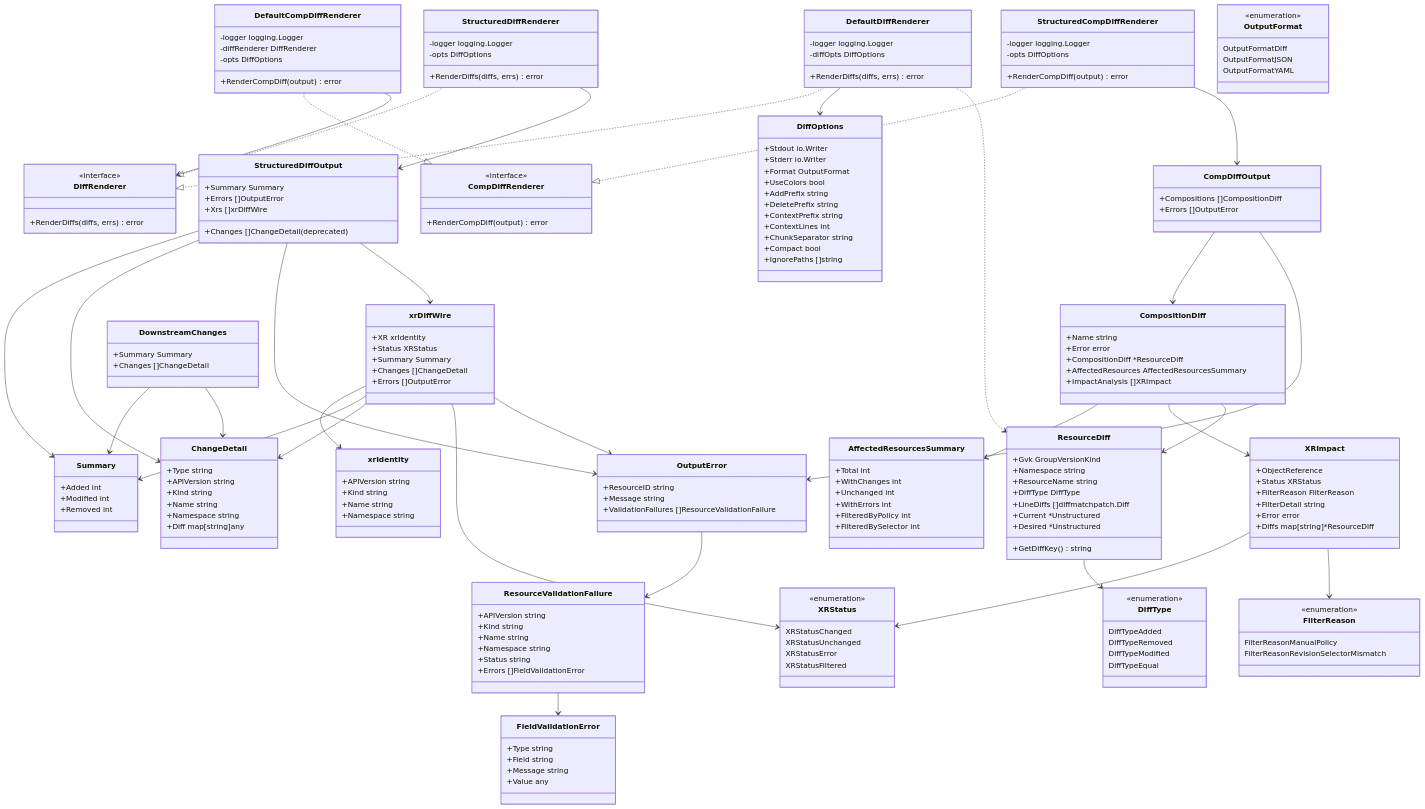
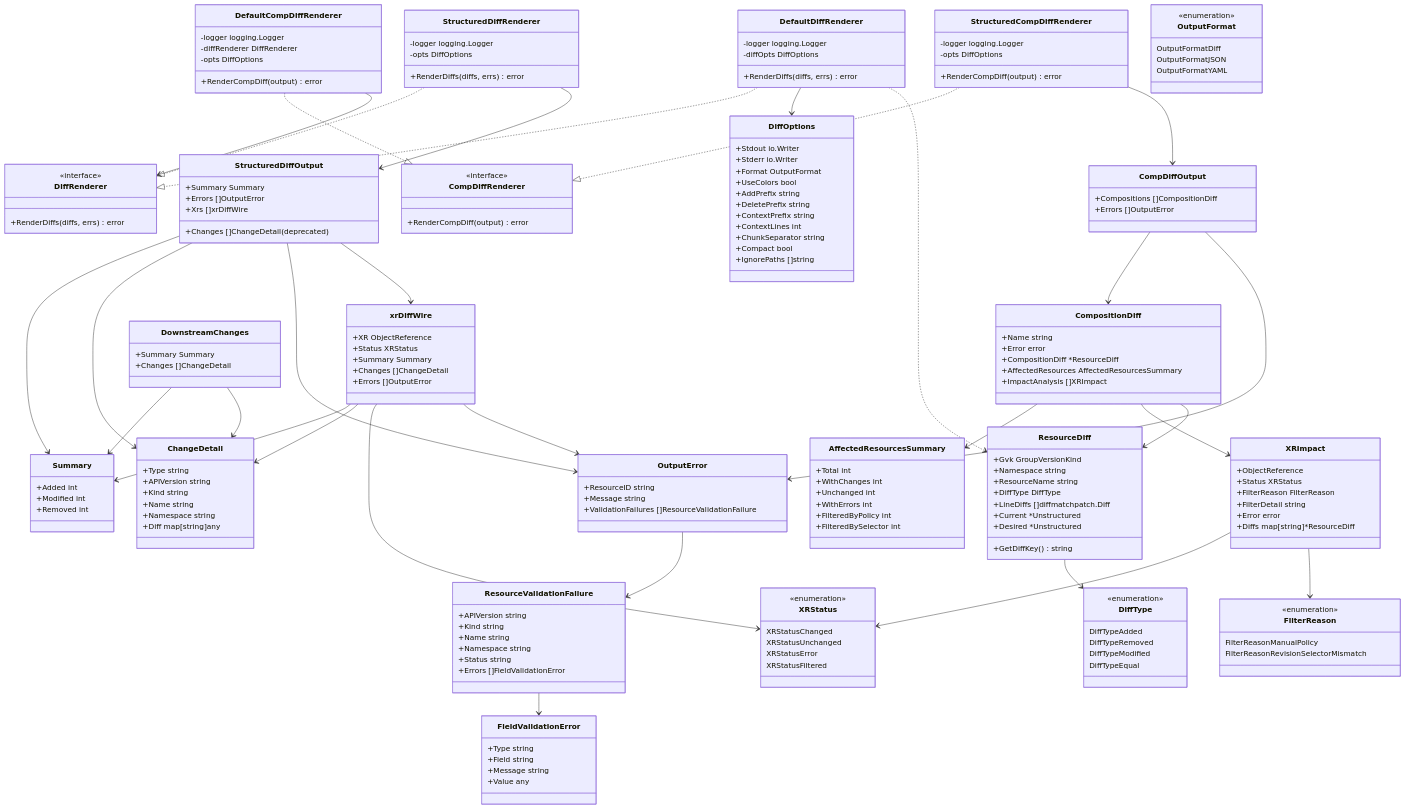
One commit to crossplane-contrib/crossplane-diff changed the diagram in design/design-doc-cli-diff/diff-rendering-architecture.mermaid. Above: the diagram before and after it, drawn with Mermaid. The commit also changed 3 other files, not shown here.

First line of the commit message:
refactor(xr): use corev1.ObjectReference for xrs[] identity, drop xrIdentity (#405)

```diff
--- a/design/design-doc-cli-diff/diff-rendering-architecture.mermaid
+++ b/design/design-doc-cli-diff/diff-rendering-architecture.mermaid
@@ -63,19 +63,13 @@
     }
 
     class xrDiffWire {
-        +XR xrIdentity
+        +XR ObjectReference
         +Status XRStatus
         +Summary Summary
         +Changes []ChangeDetail
         +Errors []OutputError
     }
 
-    class xrIdentity {
-        +APIVersion string
-        +Kind string
-        +Name string
-        +Namespace string
-    }
 
     class Summary {
         +Added int
@@ -198,7 +192,6 @@
     StructuredDiffOutput --> ChangeDetail
     StructuredDiffOutput --> OutputError
     StructuredDiffOutput --> xrDiffWire
-    xrDiffWire --> xrIdentity
     xrDiffWire --> Summary
     xrDiffWire --> ChangeDetail
     xrDiffWire --> XRStatus
```
